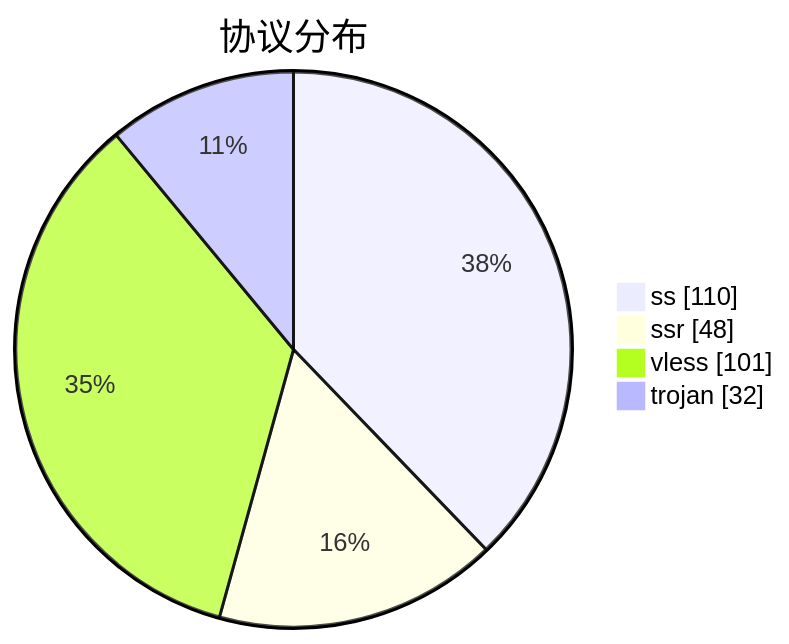
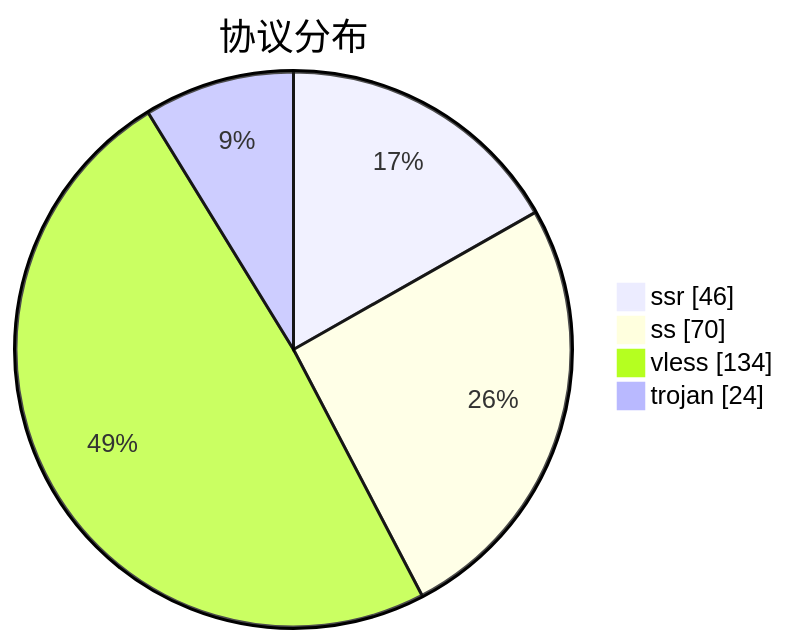
One commit to qjlxg/airport changed the third of 3 diagrams in subs/statistics/tested_within.md. Above: the diagram before and after it, drawn with Mermaid. The commit also changed other lines of this file and 2 other files, not shown here.

````diff
--- a/subs/statistics/tested_within.md
+++ b/subs/statistics/tested_within.md
@@ -18,8 +18,8 @@
 ```mermaid
 pie showData
 title 协议分布
-"ss" : 110
-"ssr" : 48
-"vless" : 101
-"trojan" : 32
+"ssr" : 46
+"ss" : 70
+"vless" : 134
+"trojan" : 24
 ```
````
